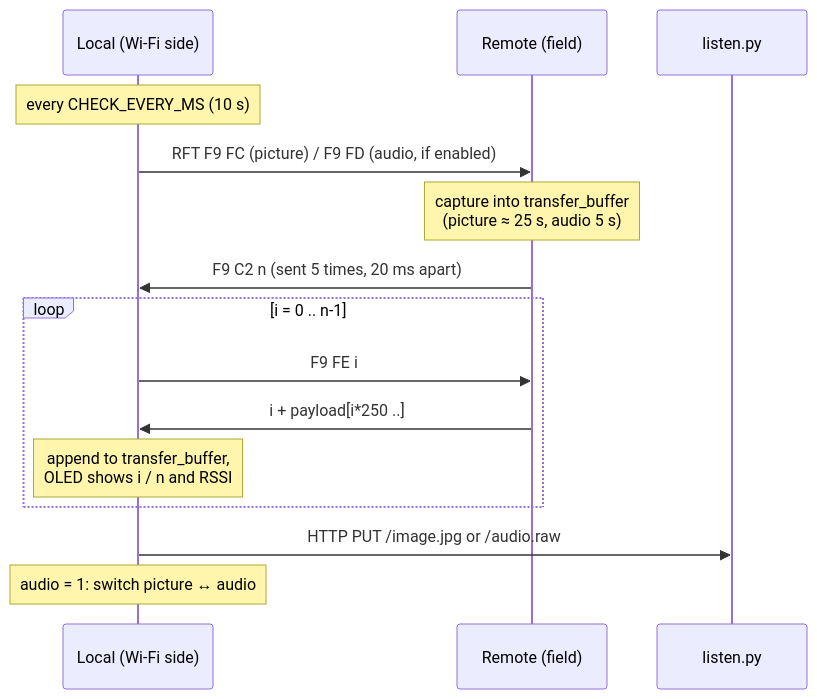
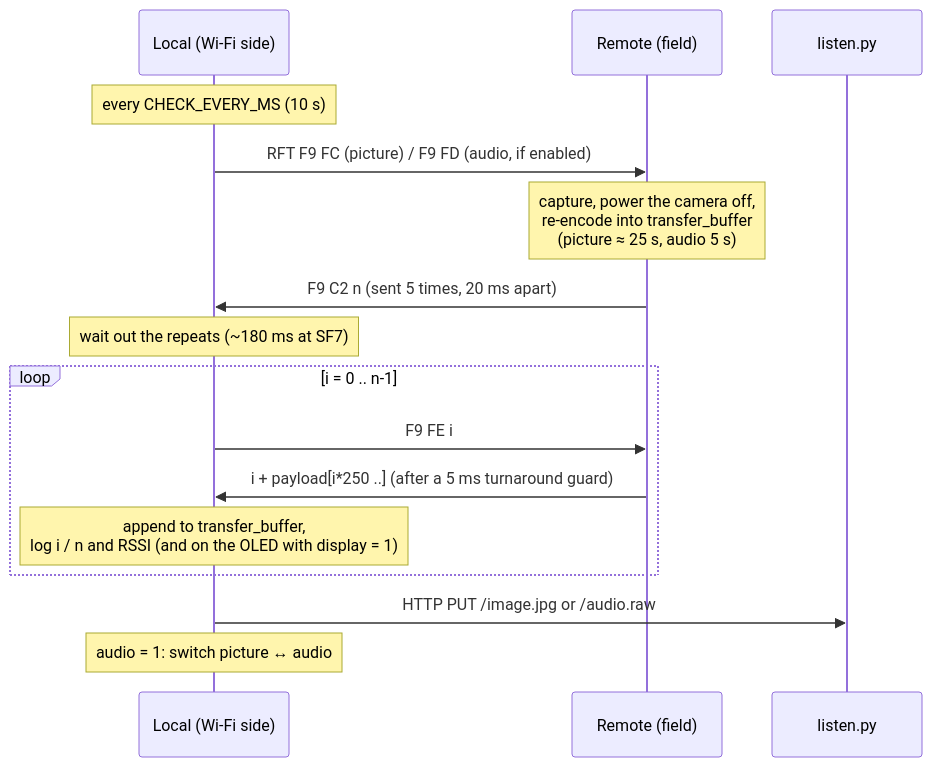
Before and after one commit to gfnord/loracamera: the diagram in docs/protocol.md, drawn with Mermaid. The commit also changed other lines of this file and 16 other files, not shown here.

````diff
--- a/docs/protocol.md
+++ b/docs/protocol.md
@@ -20,17 +20,18 @@
 ```mermaid
 sequenceDiagram
     participant L as Local (Wi-Fi side)
     participant R as Remote (field)
     participant S as listen.py
     Note over L: every CHECK_EVERY_MS (10 s)
     L->>R: RFT F9 FC (picture) / F9 FD (audio, if enabled)
-    Note over R: capture into transfer_buffer<br/>(picture ≈ 25 s, audio 5 s)
+    Note over R: capture, power the camera off,<br/>re-encode into transfer_buffer<br/>(picture ≈ 25 s, audio 5 s)
     R->>L: F9 C2 n (sent 5 times, 20 ms apart)
+    Note over L: wait out the repeats (~180 ms at SF7)
     loop i = 0 .. n-1
         L->>R: F9 FE i
-        R->>L: i + payload[i*250 ..]
-        Note over L: append to transfer_buffer,<br/>OLED shows i / n and RSSI
+        R->>L: i + payload[i*250 ..] (after a 5 ms turnaround guard)
+        Note over L: append to transfer_buffer,<br/>log i / n and RSSI (and on the OLED with display = 1)
     end
     L->>S: HTTP PUT /image.jpg or /audio.raw
     Note over L: audio = 1: switch picture ↔ audio
 ```
````
